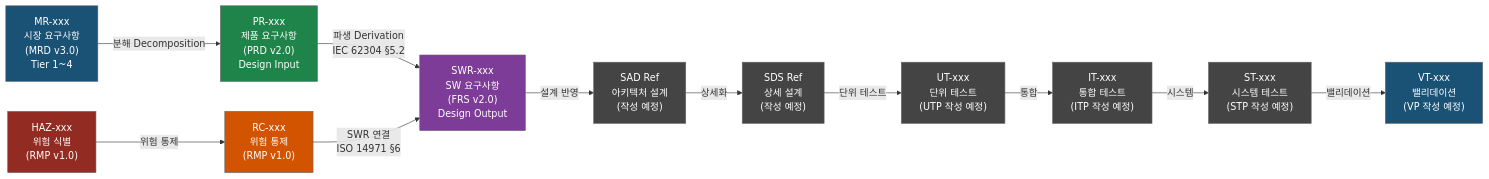
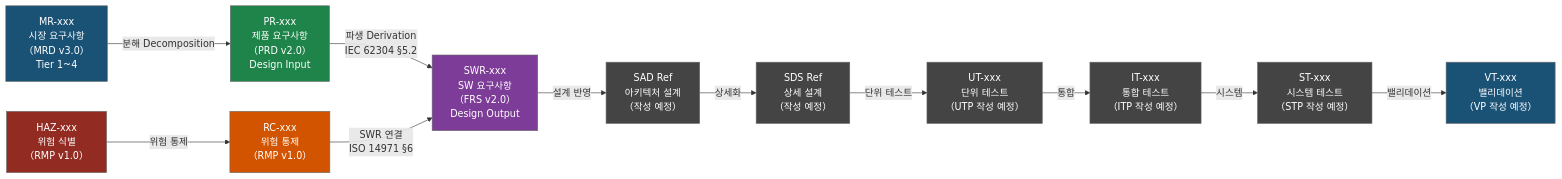
One commit to holee9/console-gui changed the first of 6 diagrams in docs/verification/DOC-032_RTM_v2.0.md. Above: the diagram before and after it, drawn with Mermaid. The commit also changed other lines of this file and 22 other files, not shown here.

First line of the commit message:
fix: Mermaid flowchart 노드 내 괄호 파싱 오류 전면 수정

````diff
--- a/docs/verification/DOC-032_RTM_v2.0.md
+++ b/docs/verification/DOC-032_RTM_v2.0.md
@@ -152,35 +152,35 @@
 ```mermaid
 flowchart LR
-    MR["MR-xxx\n시장 요구사항\n(MRD v3.0)\nTier 1~4"]
-    PR["PR-xxx\n제품 요구사항\n(PRD v2.0)\nDesign Input"]
-    SWR["SWR-xxx\nSW 요구사항\n(FRS v2.0)\nDesign Output"]
-    SAD["SAD Ref\n아키텍처 설계\n(작성 예정)"]
-    SDS["SDS Ref\n상세 설계\n(작성 예정)"]
-    UT["UT-xxx\n단위 테스트\n(UTP 작성 예정)"]
-    IT["IT-xxx\n통합 테스트\n(ITP 작성 예정)"]
-    ST["ST-xxx\n시스템 테스트\n(STP 작성 예정)"]
-    VT["VT-xxx\n밸리데이션\n(VP 작성 예정)"]
+    MR["MR-xxx\n시장 요구사항\n（MRD v3.0）\nTier 1~4"]
+    PR["PR-xxx\n제품 요구사항\n（PRD v2.0）\nDesign Input"]
+    SWR["SWR-xxx\nSW 요구사항\n（FRS v2.0）\nDesign Output"]
+    SAD["SAD Ref\n아키텍처 설계\n（작성 예정）"]
+    SDS["SDS Ref\n상세 설계\n（작성 예정）"]
+    UT["UT-xxx\n단위 테스트\n（UTP 작성 예정）"]
+    IT["IT-xxx\n통합 테스트\n（ITP 작성 예정）"]
+    ST["ST-xxx\n시스템 테스트\n（STP 작성 예정）"]
+    VT["VT-xxx\n밸리데이션\n（VP 작성 예정）"]
 
-    HAZ["HAZ-xxx\n위험 식별\n(RMP v1.0)"]
-    RC["RC-xxx\n위험 통제\n(RMP v1.0)"]
+    HAZ["HAZ-xxx\n위험 식별\n（RMP v1.0）"]
+    RC["RC-xxx\n위험 통제\n（RMP v1.0）"]
 
     MR -->|"분해 Decomposition"| PR
     PR -->|"파생 Derivation\nIEC 62304 §5.2"| SWR
     SWR -->|"설계 반영"| SAD
     SAD -->|"상세화"| SDS
     SDS -->|"단위 테스트"| UT
     UT -->|"통합"| IT
     IT -->|"시스템"| ST
     ST -->|"밸리데이션"| VT
 
     HAZ -->|"위험 통제"| RC
     RC -->|"SWR 연결\nISO 14971 §6"| SWR
 
     classDef default fill:#444,stroke:#666,color:#fff
     style MR fill:#1a5276,color:#fff
     style PR fill:#1e8449,color:#fff
     style SWR fill:#7d3c98,color:#fff
     style HAZ fill:#922b21,color:#fff
     style RC fill:#d35400,color:#fff
     style VT fill:#1a5276,color:#fff
 ```
````
